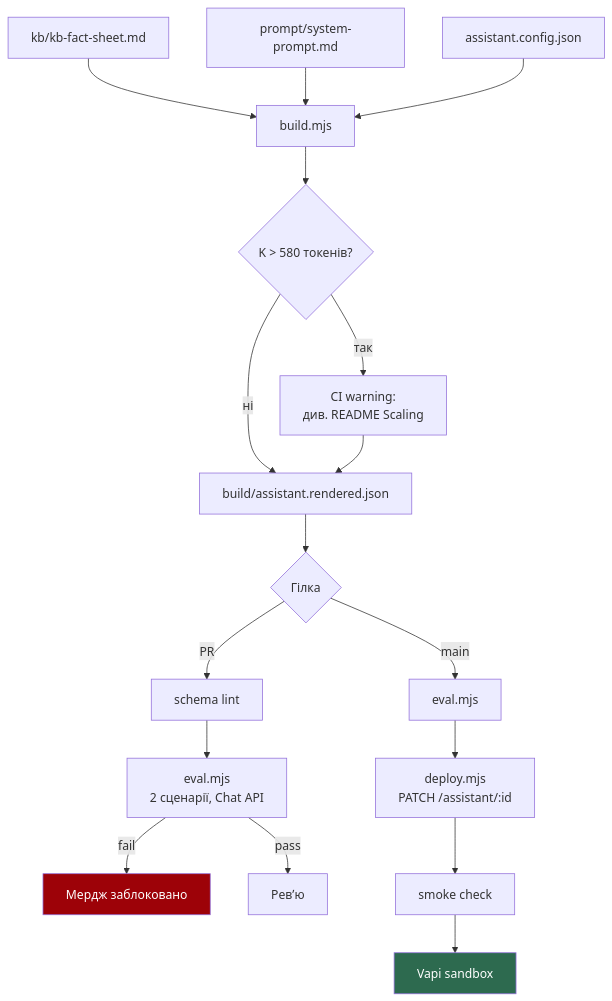
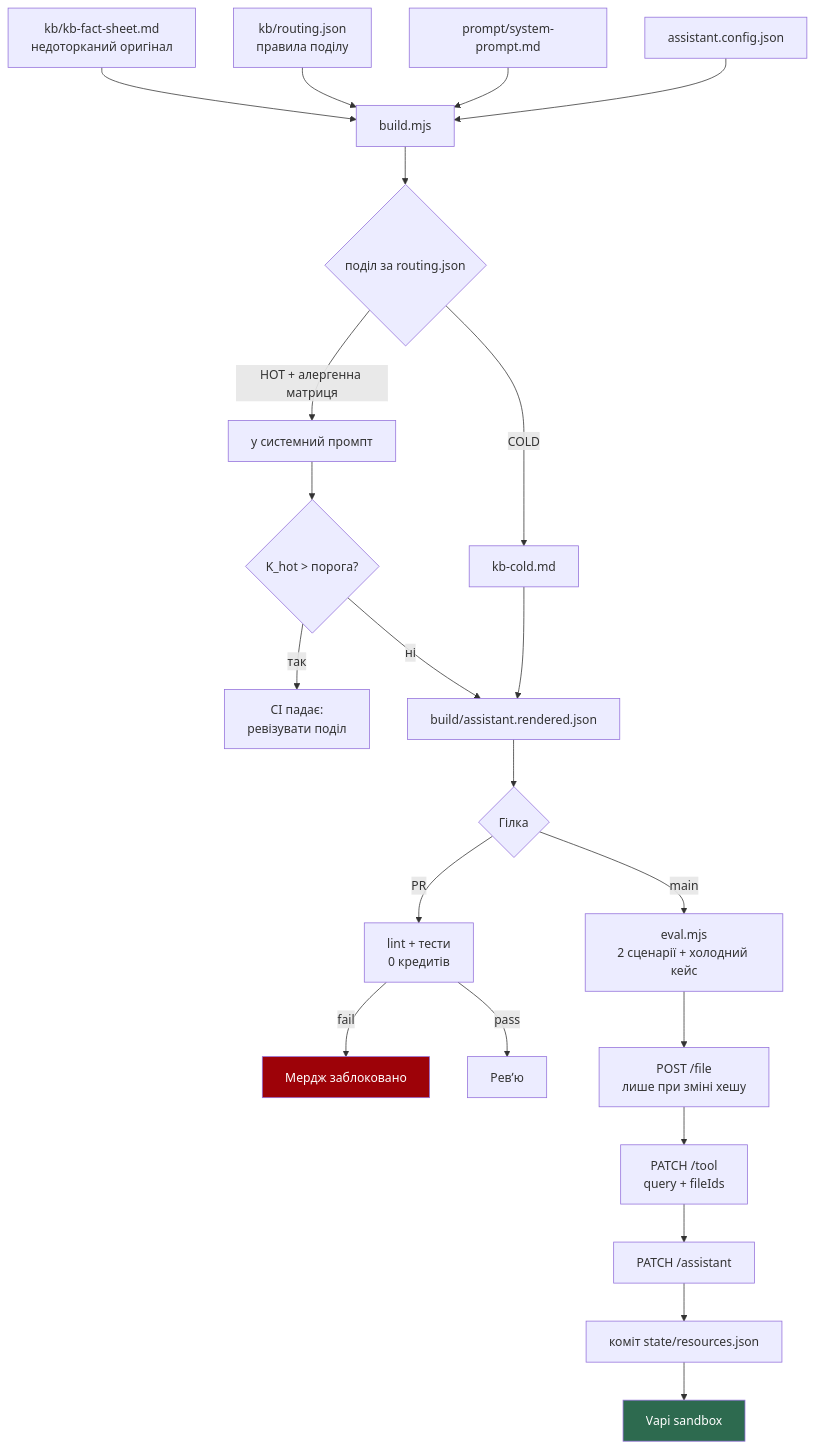
One commit to Dmitriymush/lemongrass-voice-agent changed the diagram in docs/diagrams/05-gitops-pipeline.mmd. Above: the diagram before and after it, drawn with Mermaid. The commit also changed 15 other files, not shown here.

First line of the commit message:
Supersede ADR-001: move from inline grounding to a hot/cold hybrid

```diff
--- a/docs/diagrams/05-gitops-pipeline.mmd
+++ b/docs/diagrams/05-gitops-pipeline.mmd
@@ -1,24 +1,29 @@
 flowchart TD
-    KB["kb/kb-fact-sheet.md"] --> B["build.mjs"]
+    KB["kb/kb-fact-sheet.md<br/>недоторканий оригінал"] --> B["build.mjs"]
+    RT["kb/routing.json<br/>правила поділу"] --> B
     P["prompt/system-prompt.md"] --> B
     C["assistant.config.json"] --> B
 
-    B --> TOK{"K > 580 токенів?"}
-    TOK -->|"так"| WARN["CI warning:<br/>див. README Scaling"]
+    B --> SPLIT{"поділ за routing.json"}
+    SPLIT -->|"HOT + алергенна матриця"| INL["у системний промпт"]
+    SPLIT -->|"COLD"| COLDF["kb-cold.md"]
+
+    INL --> TOK{"K_hot > порога?"}
+    TOK -->|"так"| WARN["CI падає:<br/>ревізувати поділ"]
     TOK -->|"ні"| R["build/assistant.rendered.json"]
-    WARN --> R
+    COLDF --> R
 
     R --> BR{"Гілка"}
+    BR -->|"PR"| PR1["lint + тести<br/>0 кредитів"]
+    PR1 -->|"fail"| BLOCK["Мердж заблоковано"]
+    PR1 -->|"pass"| REV["Ревʼю"]
 
-    BR -->|"PR"| PR1["schema lint"]
-    PR1 --> PR2["eval.mjs<br/>2 сценарії, Chat API"]
-    PR2 -->|"fail"| BLOCK["Мердж заблоковано"]
-    PR2 -->|"pass"| REV["Ревʼю"]
-
-    BR -->|"main"| M1["eval.mjs"]
-    M1 --> M2["deploy.mjs<br/>PATCH /assistant/:id"]
-    M2 --> M3["smoke check"]
-    M3 --> VAPI["Vapi sandbox"]
+    BR -->|"main"| M1["eval.mjs<br/>2 сценарії + холодний кейс"]
+    M1 --> D1["POST /file<br/>лише при зміні хешу"]
+    D1 --> D2["PATCH /tool<br/>query + fileIds"]
+    D2 --> D3["PATCH /assistant"]
+    D3 --> ST["коміт state/resources.json"]
+    ST --> VAPI["Vapi sandbox"]
 
     style BLOCK fill:#9d0208,color:#fff
     style VAPI fill:#2d6a4f,color:#fff
```
